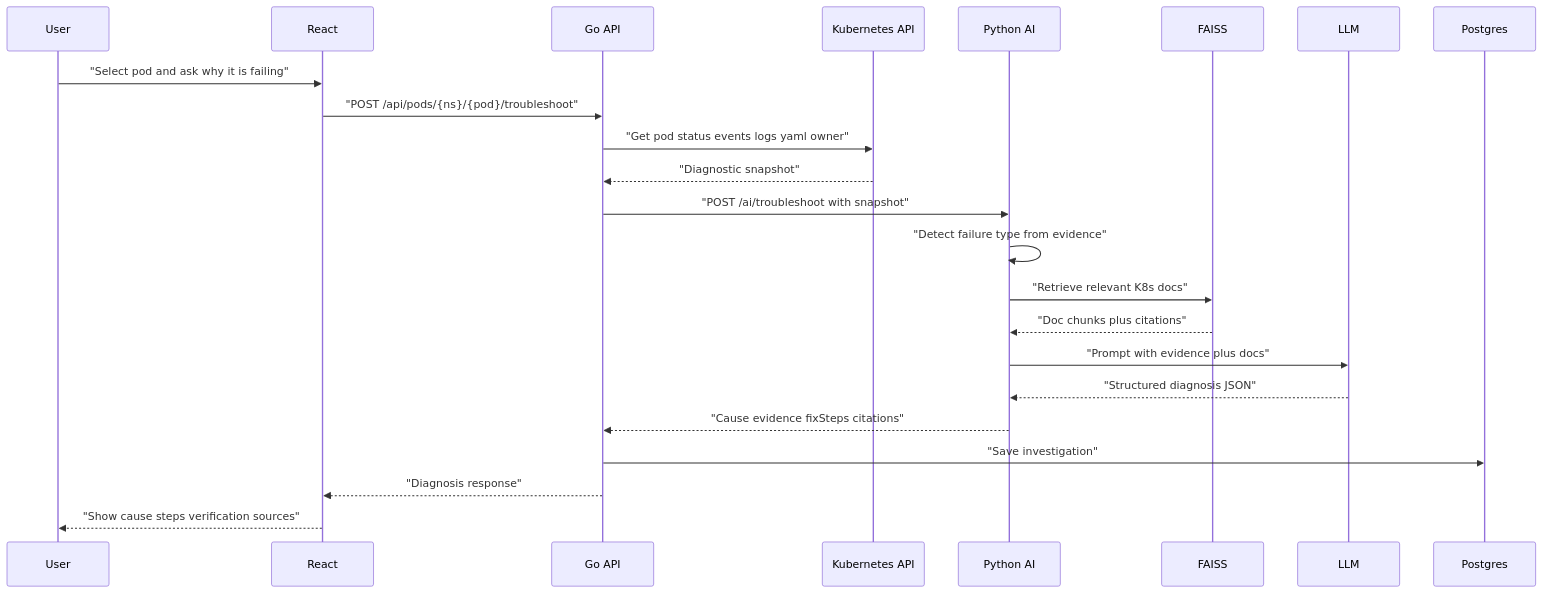
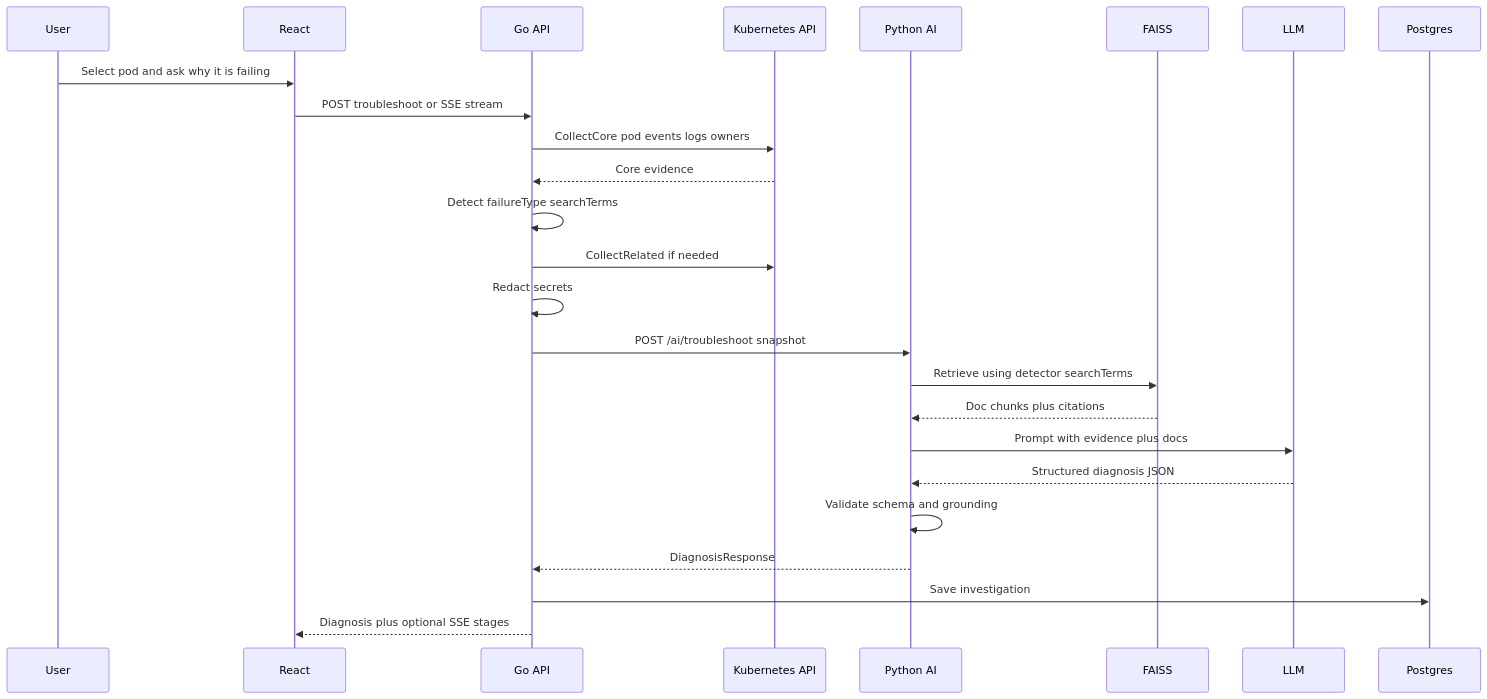
The second of 2 diagrams in docs/PROJECT_STATUS.md (vedikako/kubernetes-assistant), drawn with Mermaid before and after one commit. The commit also changed other lines of this file and 23 other files, not shown here.

````diff
--- a/docs/PROJECT_STATUS.md
+++ b/docs/PROJECT_STATUS.md
@@ -134,26 +107,28 @@
 ```mermaid
 sequenceDiagram
   participant U as User
   participant FE as React
   participant GO as Go API
   participant K8s as Kubernetes API
   participant AI as Python AI
   participant V as FAISS
   participant L as LLM
   participant DB as Postgres
 
-  U->>FE: "Select pod and ask why it is failing"
-  FE->>GO: "POST /api/pods/{ns}/{pod}/troubleshoot"
-  GO->>K8s: "Get pod status events logs yaml owner"
-  K8s-->>GO: "Diagnostic snapshot"
-  GO->>AI: "POST /ai/troubleshoot with snapshot"
-  AI->>AI: "Detect failure type from evidence"
-  AI->>V: "Retrieve relevant K8s docs"
-  V-->>AI: "Doc chunks plus citations"
-  AI->>L: "Prompt with evidence plus docs"
-  L-->>AI: "Structured diagnosis JSON"
-  AI-->>GO: "Cause evidence fixSteps citations"
-  GO->>DB: "Save investigation"
-  GO-->>FE: "Diagnosis response"
-  FE-->>U: "Show cause steps verification sources"
+  U->>FE: Select pod and ask why it is failing
+  FE->>GO: POST troubleshoot or SSE stream
+  GO->>K8s: CollectCore pod events logs owners
+  K8s-->>GO: Core evidence
+  GO->>GO: Detect failureType searchTerms
+  GO->>K8s: CollectRelated if needed
+  GO->>GO: Redact secrets
+  GO->>AI: POST /ai/troubleshoot snapshot
+  AI->>V: Retrieve using detector searchTerms
+  V-->>AI: Doc chunks plus citations
+  AI->>L: Prompt with evidence plus docs
+  L-->>AI: Structured diagnosis JSON
+  AI->>AI: Validate schema and grounding
+  AI-->>GO: DiagnosisResponse
+  GO->>DB: Save investigation
+  GO-->>FE: Diagnosis plus optional SSE stages
 ```
````
